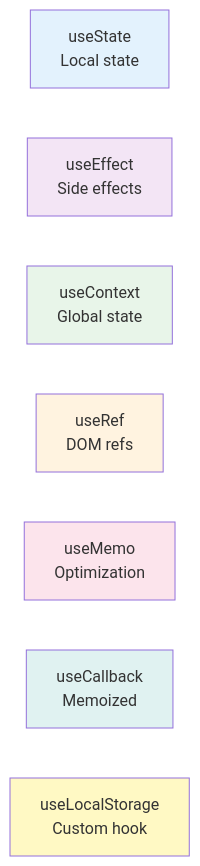
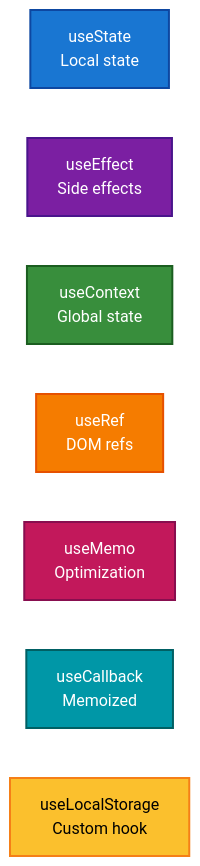
One commit to jajecnikmarci/kliensoldali-NHF changed diagram 11 of 15 in README.md. Above: the diagram before and after it, drawn with Mermaid. The commit also changed other lines of this file, not shown here.

````diff
--- a/README.md
+++ b/README.md
@@ -545,25 +547,25 @@
 ```mermaid
 flowchart LR
     useState["useState
     Local state"]
     useEffect["useEffect
     Side effects"]
     useContext["useContext
     Global state"]
     useRef["useRef
     DOM refs"]
     useMemo["useMemo
     Optimization"]
     useCallback["useCallback
     Memoized"]
     useLS["useLocalStorage
     Custom hook"]
     
-    style useState fill:#e3f2fd
-    style useEffect fill:#f3e5f5
-    style useContext fill:#e8f5e9
-    style useRef fill:#fff3e0
-    style useMemo fill:#fce4ec
-    style useCallback fill:#e0f2f1
-    style useLS fill:#fff9c4
+    style useState fill:#1976d2,stroke:#0d47a1,stroke-width:2px,color:#fff
+    style useEffect fill:#7b1fa2,stroke:#4a148c,stroke-width:2px,color:#fff
+    style useContext fill:#388e3c,stroke:#1b5e20,stroke-width:2px,color:#fff
+    style useRef fill:#f57c00,stroke:#e65100,stroke-width:2px,color:#fff
+    style useMemo fill:#c2185b,stroke:#880e4f,stroke-width:2px,color:#fff
+    style useCallback fill:#0097a7,stroke:#006064,stroke-width:2px,color:#fff
+    style useLS fill:#fbc02d,stroke:#f57f17,stroke-width:2px,color:#000
 ```
````
